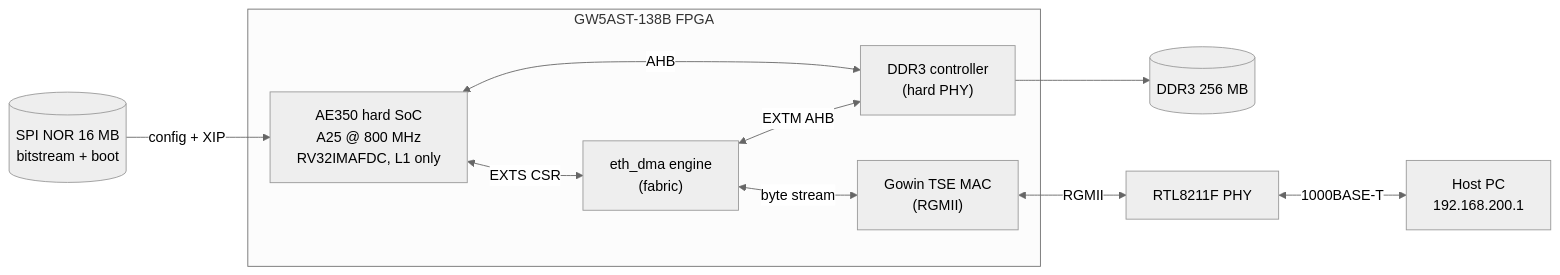
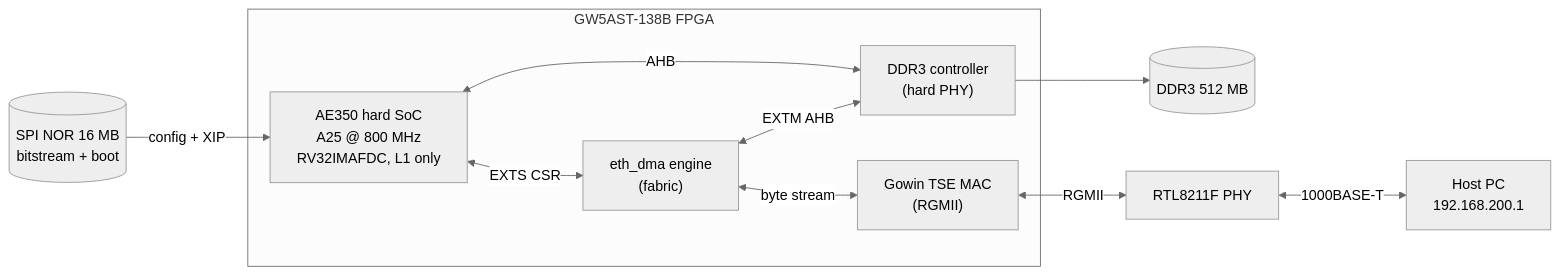
One commit to phoenix367/tang-mega-138K-Pro-demo changed the diagram in doc/README.md. Above: the diagram before and after it, drawn with Mermaid (neutral theme). The commit also changed 22 other files, not shown here.

````diff
--- a/doc/README.md
+++ b/doc/README.md
@@ -14,19 +14,19 @@
 ```mermaid
 graph LR
   subgraph FPGA["GW5AST-138B FPGA"]
     SoC["AE350 hard SoC<br/>A25 @ 800 MHz<br/>RV32IMAFDC, L1 only"]
     DMA["eth_dma engine<br/>(fabric)"]
     MAC["Gowin TSE MAC<br/>(RGMII)"]
     DDRC["DDR3 controller<br/>(hard PHY)"]
   end
   FLASH[("SPI NOR 16 MB<br/>bitstream + boot")]
-  DDR[("DDR3 256 MB")]
+  DDR[("DDR3 512 MB")]
   PHY["RTL8211F PHY"]
   HOST["Host PC<br/>192.168.200.1"]
 
   FLASH -->|config + XIP| SoC
   SoC <-->|AHB| DDRC --> DDR
   SoC <-->|EXTS CSR| DMA
   DMA <-->|EXTM AHB| DDRC
   DMA <-->|byte stream| MAC <-->|RGMII| PHY <-->|1000BASE-T| HOST
 ```
````
